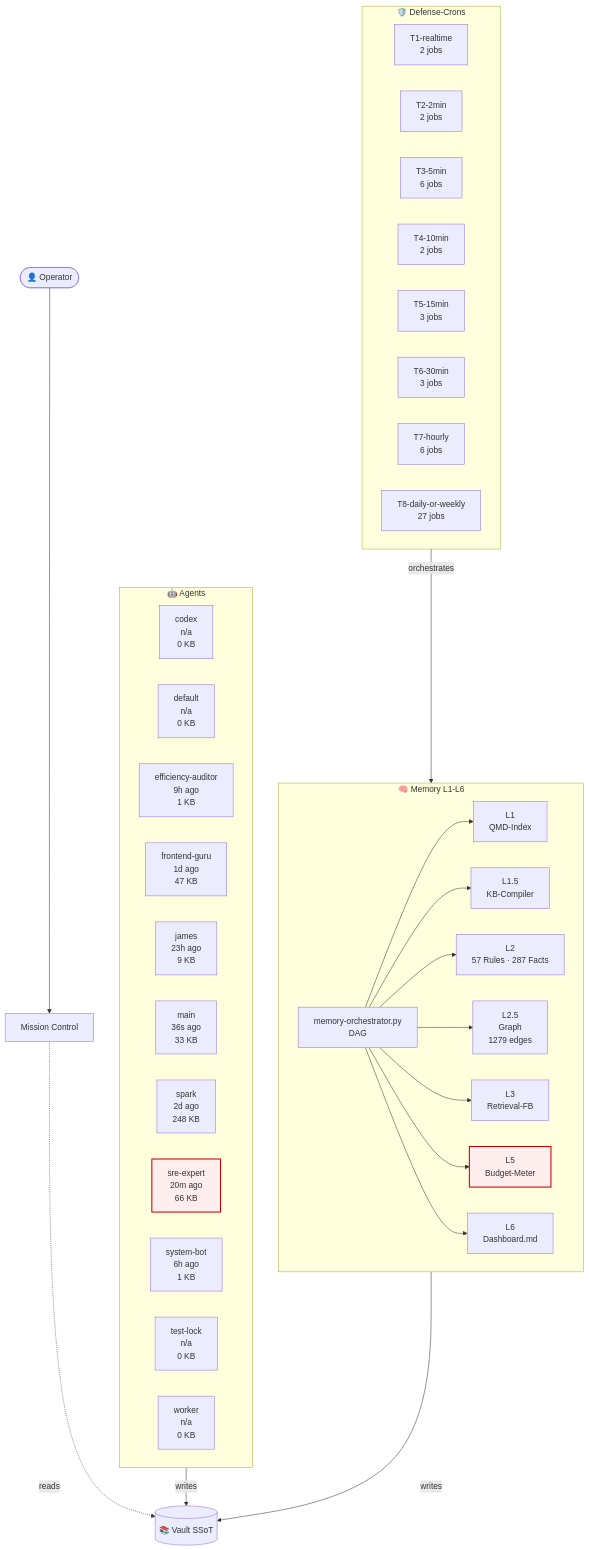
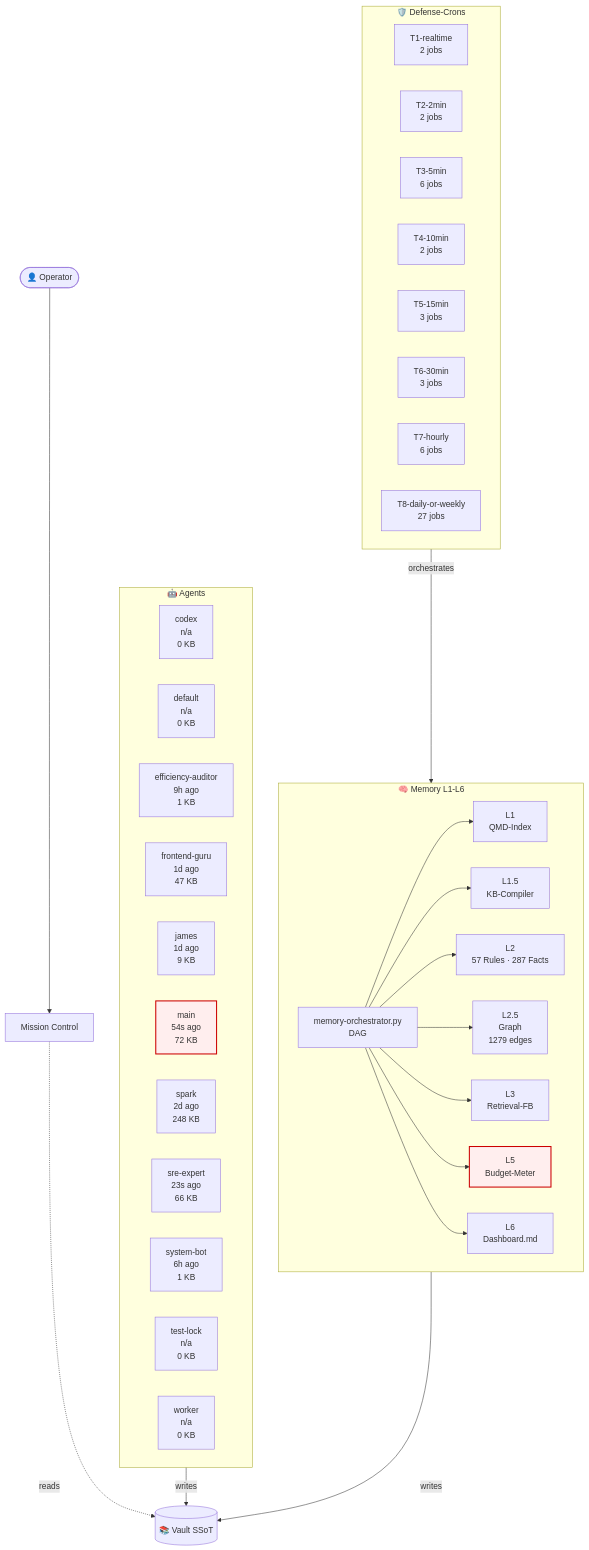
One commit to lenardhuebner88-rgb/openclaw-memory changed the diagram in 03-Agents/architecture-live.md. Above: the diagram before and after it, drawn with Mermaid. The commit also changed other lines of this file and 8 other files, not shown here.

````diff
--- a/03-Agents/architecture-live.md
+++ b/03-Agents/architecture-live.md
@@ -18,54 +18,54 @@
 ```mermaid
 flowchart TB
     classDef critical fill:#fee,stroke:#c00,stroke-width:2px;
     subgraph AGT["🤖 Agents"]
         agent_codex["codex<br/>n/a<br/>0 KB"]
         agent_default["default<br/>n/a<br/>0 KB"]
         agent_efficiency_auditor["efficiency-auditor<br/>9h ago<br/>1 KB"]
         agent_frontend_guru["frontend-guru<br/>1d ago<br/>47 KB"]
-        agent_james["james<br/>23h ago<br/>9 KB"]
-        agent_main["main<br/>36s ago<br/>33 KB"]
+        agent_james["james<br/>1d ago<br/>9 KB"]
+        agent_main["main<br/>54s ago<br/>72 KB"]
         agent_spark["spark<br/>2d ago<br/>248 KB"]
-        agent_sre_expert["sre-expert<br/>20m ago<br/>66 KB"]
+        agent_sre_expert["sre-expert<br/>23s ago<br/>66 KB"]
         agent_system_bot["system-bot<br/>6h ago<br/>1 KB"]
         agent_test_lock["test-lock<br/>n/a<br/>0 KB"]
         agent_worker["worker<br/>n/a<br/>0 KB"]
     end
     subgraph MEM["🧠 Memory L1-L6"]
         L1["L1<br/>QMD-Index"]
         L15["L1.5<br/>KB-Compiler"]
         L2["L2<br/>57 Rules · 287 Facts"]
         L25["L2.5<br/>Graph<br/>1279 edges"]
         L3["L3<br/>Retrieval-FB"]
         L5["L5<br/>Budget-Meter"]
         L6["L6<br/>Dashboard.md"]
         ORCH["memory-orchestrator.py<br/>DAG"]
     end
     subgraph CRN["🛡️ Defense-Crons"]
         tier_T1_realtime["T1-realtime<br/>2 jobs"]
         tier_T2_2min["T2-2min<br/>2 jobs"]
         tier_T3_5min["T3-5min<br/>6 jobs"]
         tier_T4_10min["T4-10min<br/>2 jobs"]
         tier_T5_15min["T5-15min<br/>3 jobs"]
         tier_T6_30min["T6-30min<br/>3 jobs"]
         tier_T7_hourly["T7-hourly<br/>6 jobs"]
         tier_T8_daily_or_weekly["T8-daily-or-weekly<br/>27 jobs"]
     end
     VAULT[("📚 Vault SSoT")]
     OP([👤 Operator])
     MC["Mission Control"]
     OP --> MC
     MC -.reads.-> VAULT
     AGT -->|writes| VAULT
     MEM -->|writes| VAULT
     ORCH --> L1
     ORCH --> L15
     ORCH --> L2
     ORCH --> L25
     ORCH --> L3
     ORCH --> L5
     ORCH --> L6
     CRN -->|orchestrates| MEM
     class L5 critical
-    class agent_sre_expert critical
+    class agent_main critical
 ```
````
